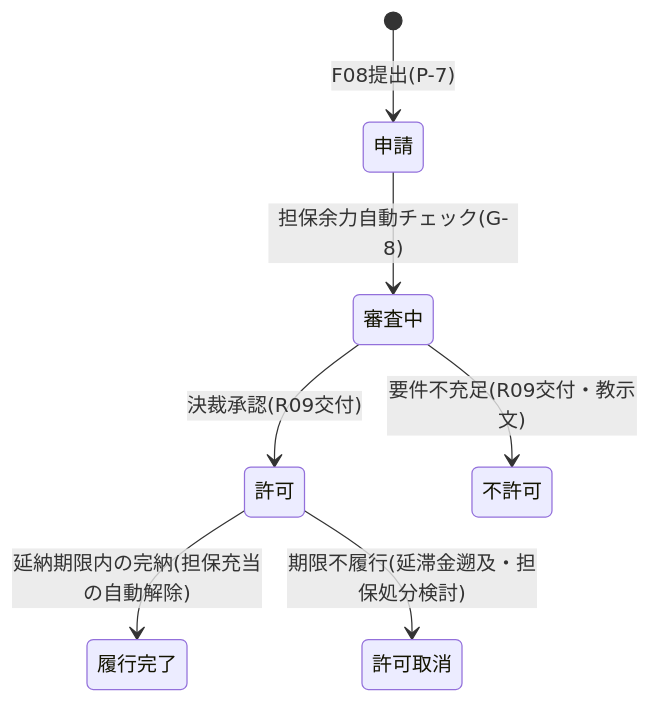
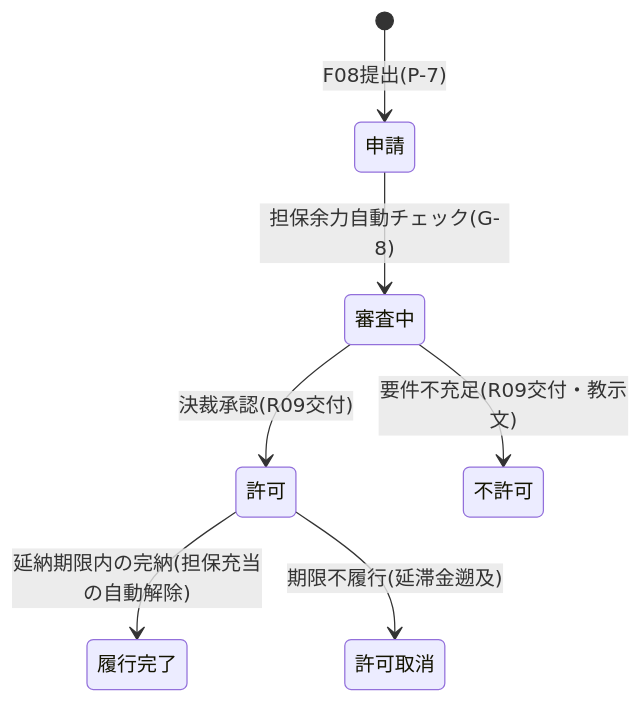
The fifth of 7 diagrams in docs/fossil-fuel-levy/状態遷移定義.md (hhhryoma/work), drawn with Mermaid before and after one commit. The commit also changed other lines of this file and 6 other files, not shown here.

````diff
--- a/docs/fossil-fuel-levy/状態遷移定義.md
+++ b/docs/fossil-fuel-levy/状態遷移定義.md
@@ -95,9 +110,9 @@
 ```mermaid
 stateDiagram-v2
     [*] --> 申請 : F08提出(P-7)
     申請 --> 審査中 : 担保余力自動チェック(G-8)
     審査中 --> 許可 : 決裁承認(R09交付)
     審査中 --> 不許可 : 要件不充足(R09交付・教示文)
     許可 --> 履行完了 : 延納期限内の完納(担保充当の自動解除)
-    許可 --> 許可取消 : 期限不履行(延滞金遡及・担保処分検討)
+    許可 --> 許可取消 : 期限不履行(延滞金遡及)
 ```
````
